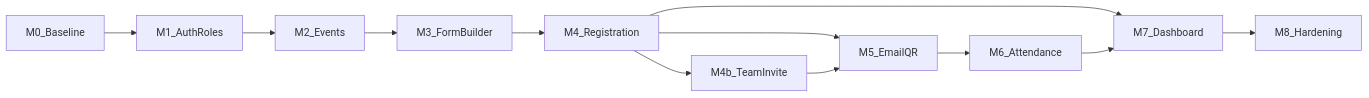
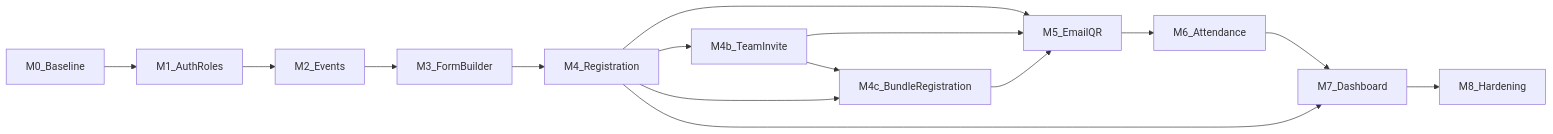
One commit to zappto/d-form-v2 changed the diagram in docs/milestone.md. Above: the diagram before and after it, drawn with Mermaid. The commit also changed other lines of this file and 35 other files, not shown here.

````diff
--- a/docs/milestone.md
+++ b/docs/milestone.md
@@ -12,20 +12,24 @@
 ```mermaid
 flowchart LR
   M0[M0_Baseline]
   M1[M1_AuthRoles]
   M2[M2_Events]
   M3[M3_FormBuilder]
   M4[M4_Registration]
   M4b[M4b_TeamInvite]
+  M4c[M4c_BundleRegistration]
   M5[M5_EmailQR]
   M6[M6_Attendance]
   M7[M7_Dashboard]
   M8[M8_Hardening]
   M0 --> M1 --> M2
   M2 --> M3 --> M4 --> M5 --> M6
   M4 --> M4b
   M4b --> M5
+  M4 --> M4c
+  M4b --> M4c
+  M4c --> M5
   M4 --> M7
   M6 --> M7
   M7 --> M8
 ```
````
